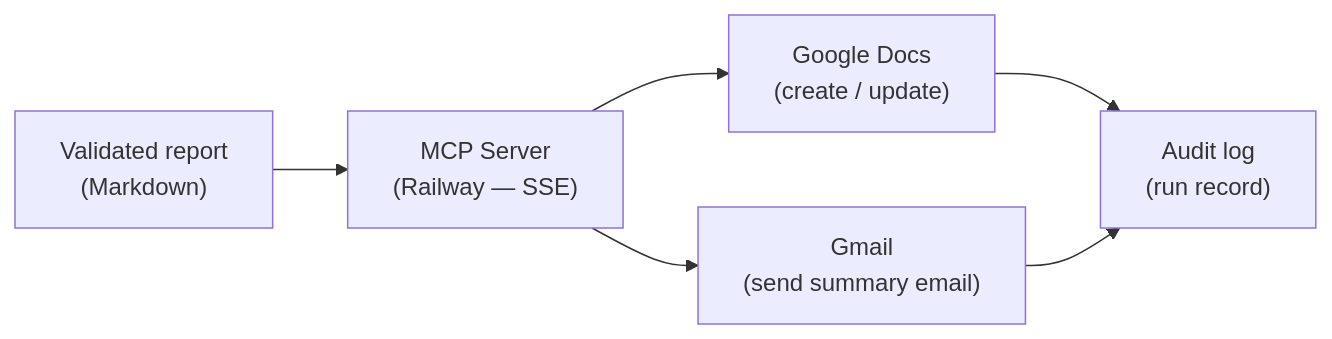
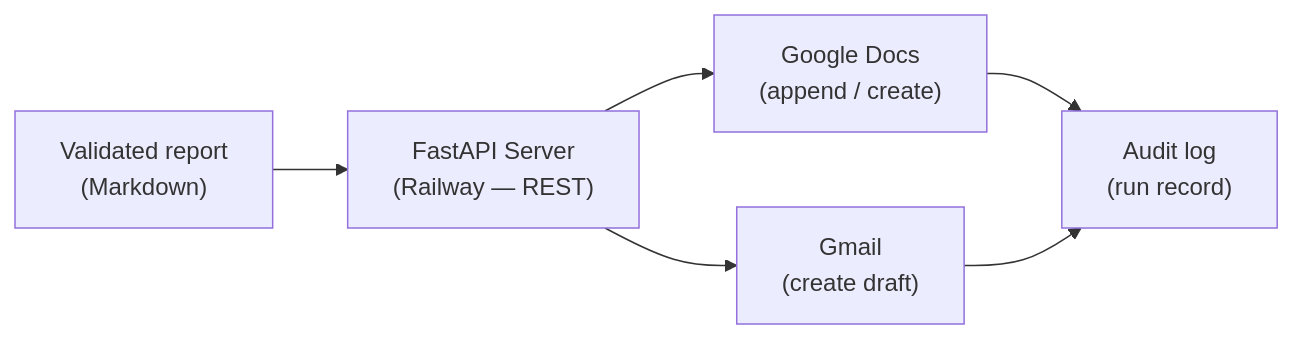
The ninth of 10 diagrams in docs/architecture.md (nikhil1102-ai/new_pulse_review), drawn with Mermaid before and after one commit. The commit also changed other lines of this file and 5 other files, not shown here.

First line of the commit message:
refactor: replace MCP/SSE transport with plain REST (httpx)

````diff
--- a/docs/architecture.md
+++ b/docs/architecture.md
@@ -328,8 +328,8 @@
 ```mermaid
 flowchart LR
-    D1["Validated report\n(Markdown)"] --> D2["MCP Server\n(Railway — SSE)"]
-    D2 --> D3["Google Docs\n(create / update)"]
-    D2 --> D4["Gmail\n(send summary email)"]
+    D1["Validated report\n(Markdown)"] --> D2["FastAPI Server\n(Railway — REST)"]
+    D2 --> D3["Google Docs\n(append / create)"]
+    D2 --> D4["Gmail\n(create draft)"]
     D3 --> D5["Audit log\n(run record)"]
     D4 --> D5
 ```
````
